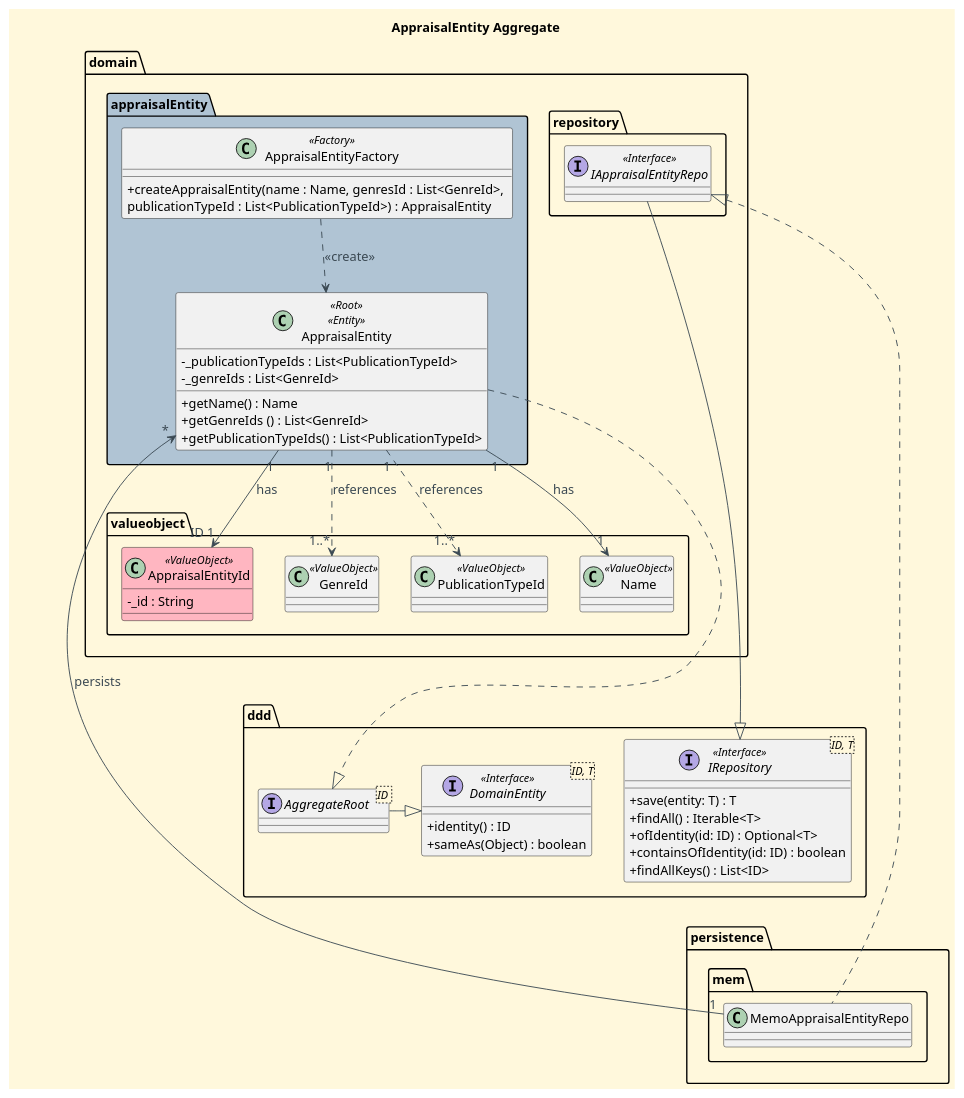
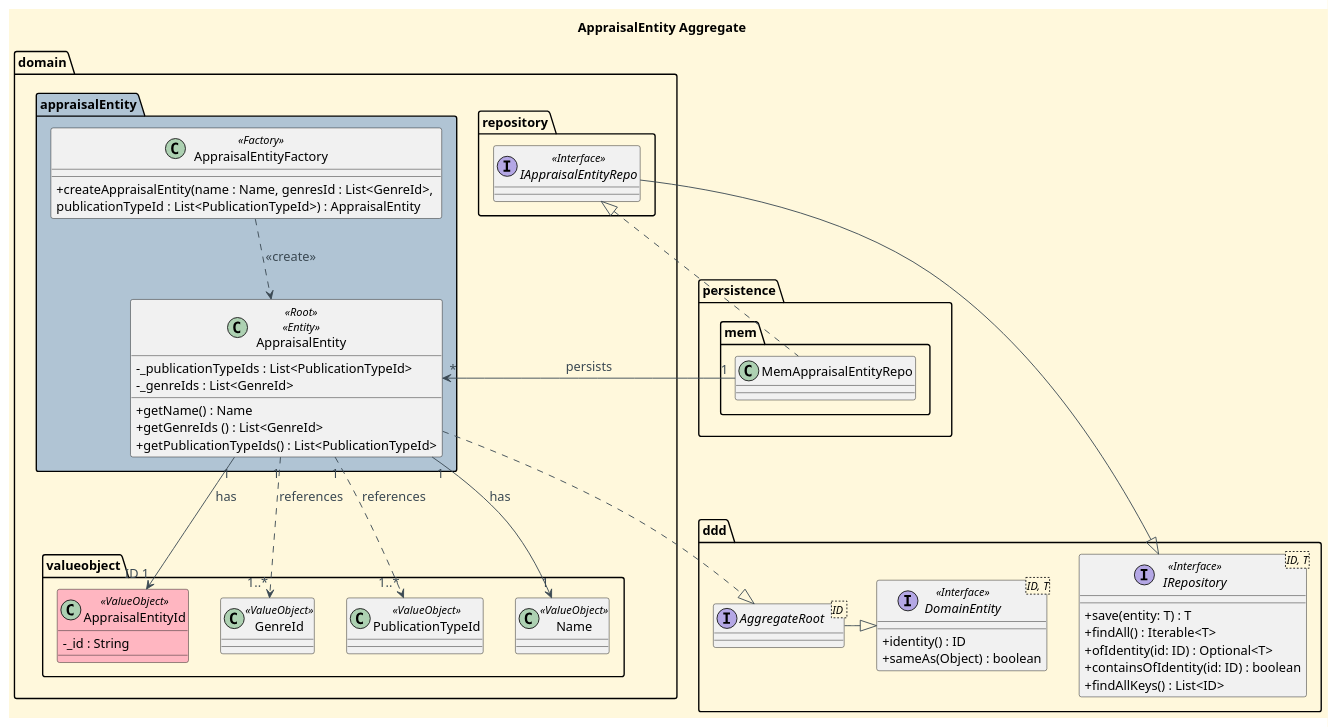
One commit to CarolinaLeite-collab/JavaMarketplacePlatform changed the diagram in docs/aggregates-diagrams/Appraisal_Entity_Aggregate.puml. Above: the diagram before and after it, drawn with PlantUML.

Commit message:
docs: minor typo in Appraisal_Entity_Aggredate diagram - refs #457

```diff
--- a/docs/aggregates-diagrams/Appraisal_Entity_Aggregate.puml
+++ b/docs/aggregates-diagrams/Appraisal_Entity_Aggregate.puml
@@ -1,111 +1,111 @@
 @startuml
 
 '==== Title ====
 title AppraisalEntity Aggregate
 top to bottom direction
 
 '==== basic style ====
 skinparam monochrome false
 skinparam defaultFontName Futura
 skinparam objectFontSize 14
 skinparam backgroundColor CornSilk
 skinparam objectBackgroundColor WhiteSmoke
 skinparam noteBackgroundColor #FFFFE0
 skinparam ArrowFontColor #3B4953
 skinparam ArrowColor #3B4953
 skinparam ArrowFontSize 14
 skinparam PackageBorderColor #black
 skinparam classAttributeIconSize 0
 
 ' ===== Domain =====
 Package "domain" {
 
     Package "appraisalEntity" <<Folder>> #b0c4d4 {
         class AppraisalEntity <<Root>> <<Entity>>  {
             -_publicationTypeIds : List<PublicationTypeId>
             -_genreIds : List<GenreId>
 
             +getName() : Name
             +getGenreIds () : List<GenreId>
             +getPublicationTypeIds() : List<PublicationTypeId>
             }
 
     class AppraisalEntityFactory <<Factory>> {
         +createAppraisalEntity(name : Name, genresId : List<GenreId>, \npublicationTypeId : List<PublicationTypeId>) : AppraisalEntity
 
         }
     }
 
     package "repository" <<Folder>> {
         interface IAppraisalEntityRepo <<Interface>> {
 
         }
     }
 
     Package "valueobject" {
         '== Value Objects (Ids) ==
         class AppraisalEntityId <<ValueObject>> #LightPink {
         -_id : String
 
        }
         class GenreId <<ValueObject>> {
 
         }
         class PublicationTypeId <<ValueObject>> {
 
         }
         ' ===== Value Objects =====
         class Name <<ValueObject>> {
 
         }
 
     }
 
 }
 
 ' ===== Repository =====
 package "persistence" <<Folder>> {
 
     package "mem" {
-        class MemoAppraisalEntityRepo {
+        class MemAppraisalEntityRepo {
 
         }
 
     }
 
 }
 
 Package "ddd" {
     interface IRepository<ID, T> <<Interface>> {
         +save(entity: T) : T
         +findAll() : Iterable<T>
         +ofIdentity(id: ID) : Optional<T>
         +containsOfIdentity(id: ID) : boolean
         +findAllKeys() : List<ID>
     }
 
     interface AggregateRoot <ID >{
     }
     interface DomainEntity<ID, T> <<Interface>> {
         +identity() : ID
         +sameAs(Object) : boolean
     }
 }
 
 ' ===== Interactions =====
 AppraisalEntity "1" --> "ID 1" AppraisalEntityId : has
 AppraisalEntity "1" ..> "1..*" GenreId : references
 AppraisalEntity "1" ..> "1..*" PublicationTypeId : references
 AppraisalEntity "1" --> "1" Name : has
-AppraisalEntity "*" <---- "1" MemoAppraisalEntityRepo : persists
+AppraisalEntity "*" <- "1" MemAppraisalEntityRepo : persists
 
 AppraisalEntityFactory ..> AppraisalEntity : <<create>>
 
 
-IAppraisalEntityRepo <|. MemoAppraisalEntityRepo
-IAppraisalEntityRepo ----|> IRepository
+IAppraisalEntityRepo <|. MemAppraisalEntityRepo
+IAppraisalEntityRepo ---|> IRepository
 AggregateRoot -|> DomainEntity
 AppraisalEntity .|> AggregateRoot
 
 
 @enduml
```
